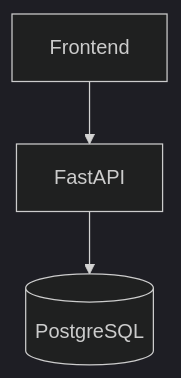
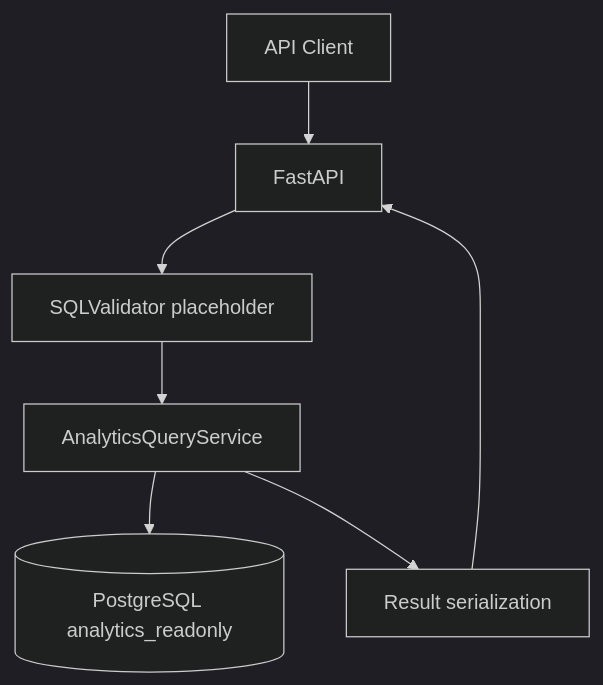
One commit to TitanMashy/ai-sql-analytics-copilot changed the diagram in docs/architecture.md. Above: the diagram before and after it, drawn with Mermaid (dark theme). The commit also changed other lines of this file and 17 other files, not shown here.

First line of the commit message:
feat(api): implement analytics query service and schema APIs

````diff
--- a/docs/architecture.md
+++ b/docs/architecture.md
@@ -3,5 +3,9 @@
 ```mermaid
 flowchart TD
-    Frontend[Frontend] --> API[FastAPI]
-    API --> PostgreSQL[(PostgreSQL)]
+    Client[API Client] --> API[FastAPI]
+    API --> Validation[SQLValidator placeholder]
+    Validation --> Service[AnalyticsQueryService]
+    Service --> Analytics[(PostgreSQL analytics_readonly)]
+    Service --> Serialization[Result serialization]
+    Serialization --> API
 ```
````
